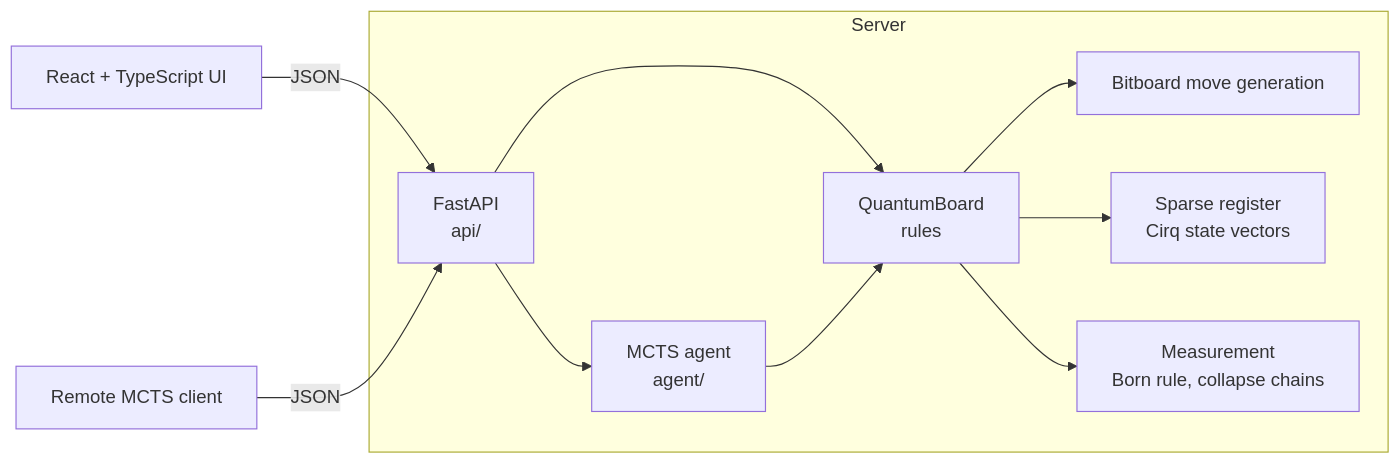
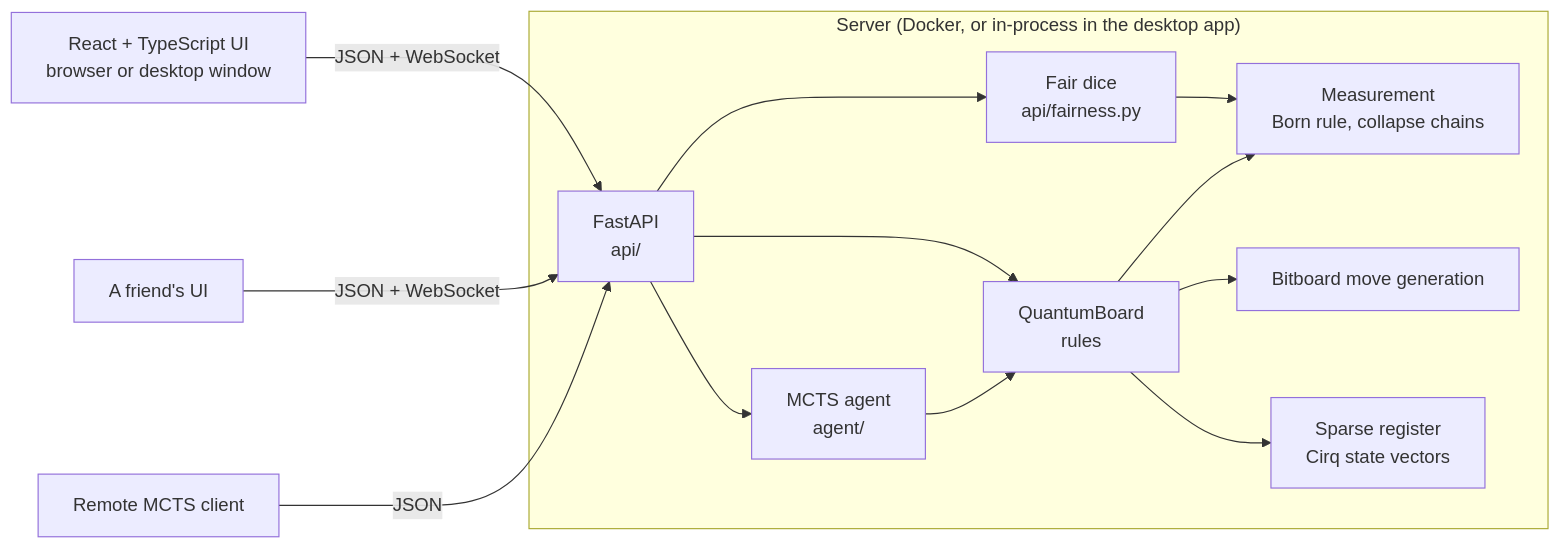
One commit to Andreas-Erick/Quantum-Chess-Engine changed the diagram in README.md. Above: the diagram before and after it, drawn with Mermaid. The commit also changed other lines of this file and 3 other files, not shown here.

````diff
--- a/README.md
+++ b/README.md
@@ -161,13 +166,16 @@
 ```mermaid
 flowchart LR
-    UI["React + TypeScript UI"] -- JSON --> API
+    UI["React + TypeScript UI<br/>browser or desktop window"] -- "JSON + WebSocket" --> API
+    Friend["A friend's UI"] -- "JSON + WebSocket" --> API
     Remote["Remote MCTS client"] -- JSON --> API
-    subgraph Server
+    subgraph Server["Server (Docker, or in-process in the desktop app)"]
         API["FastAPI<br/>api/"] --> Board
         API --> MCTS["MCTS agent<br/>agent/"]
+        API --> Dice["Fair dice<br/>api/fairness.py"]
         MCTS --> Board
+        Dice --> Resolver
         Board["QuantumBoard<br/>rules"] --> Classical["Bitboard move generation"]
         Board --> Register["Sparse register<br/>Cirq state vectors"]
         Board --> Resolver["Measurement<br/>Born rule, collapse chains"]
     end
 ```
````
